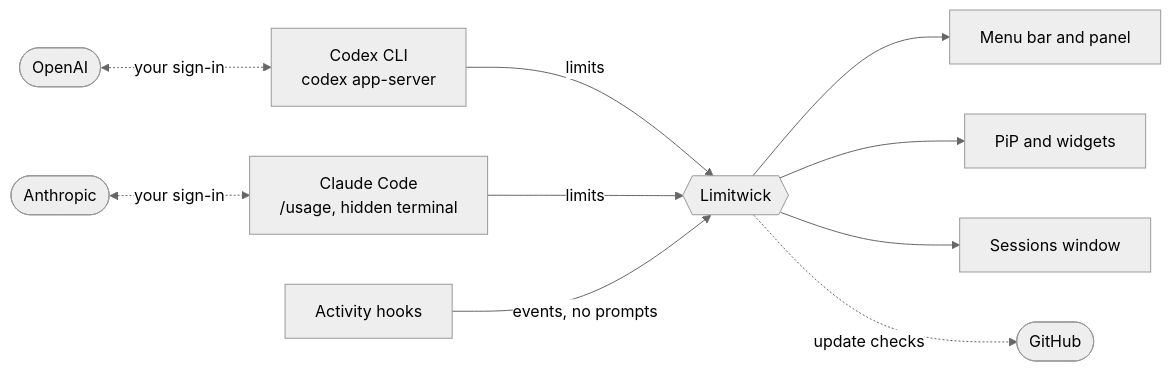
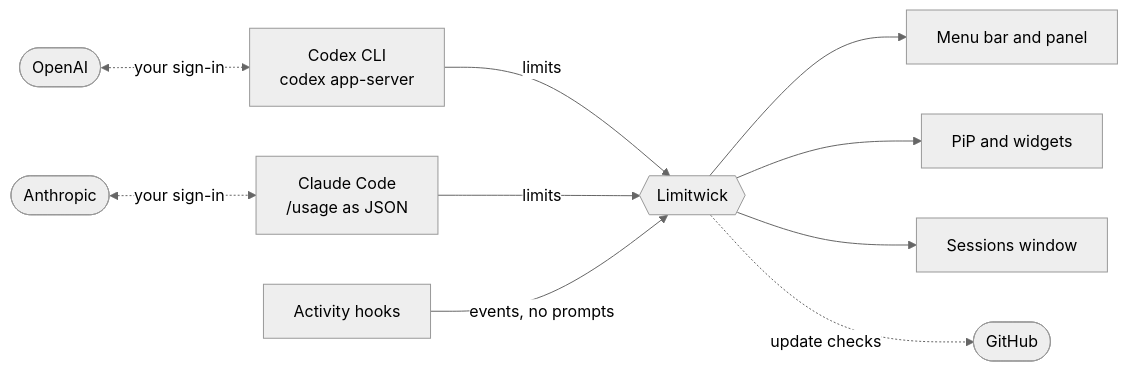
One commit to Peter-Grishechkin/Limitwick changed the diagram in README.md. Above: the diagram before and after it, drawn with Mermaid (neutral theme). The commit also changed other lines of this file and 3 other files, not shown here.

First line of the commit message:
Read Claude limits from /usage JSON, with the screen as fallback

````diff
--- a/README.md
+++ b/README.md
@@ -190,12 +190,12 @@
 ```mermaid
 flowchart LR
     openai(["OpenAI"]) <-. "your sign-in" .-> codex["Codex CLI<br>codex app-server"]
-    anthropic(["Anthropic"]) <-. "your sign-in" .-> claude["Claude Code<br>/usage, hidden terminal"]
+    anthropic(["Anthropic"]) <-. "your sign-in" .-> claude["Claude Code<br>/usage as JSON"]
     codex -- "limits" --> app{{"Limitwick"}}
     claude -- "limits" --> app
     hooks["Activity hooks"] -- "events, no prompts" --> app
     app --> menu["Menu bar and panel"]
     app --> pip["PiP and widgets"]
     app --> sessions["Sessions window"]
     app -. "update checks" .-> github(["GitHub"])
 ```
````
